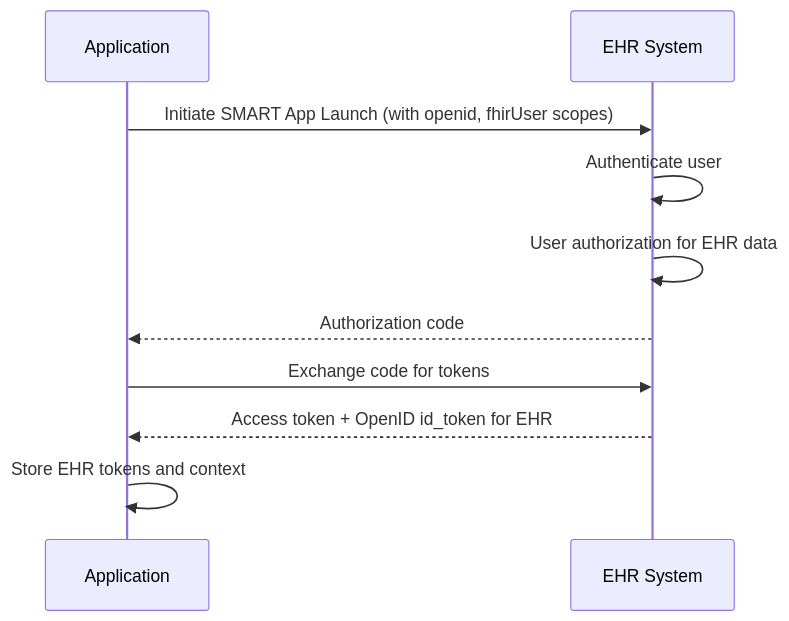
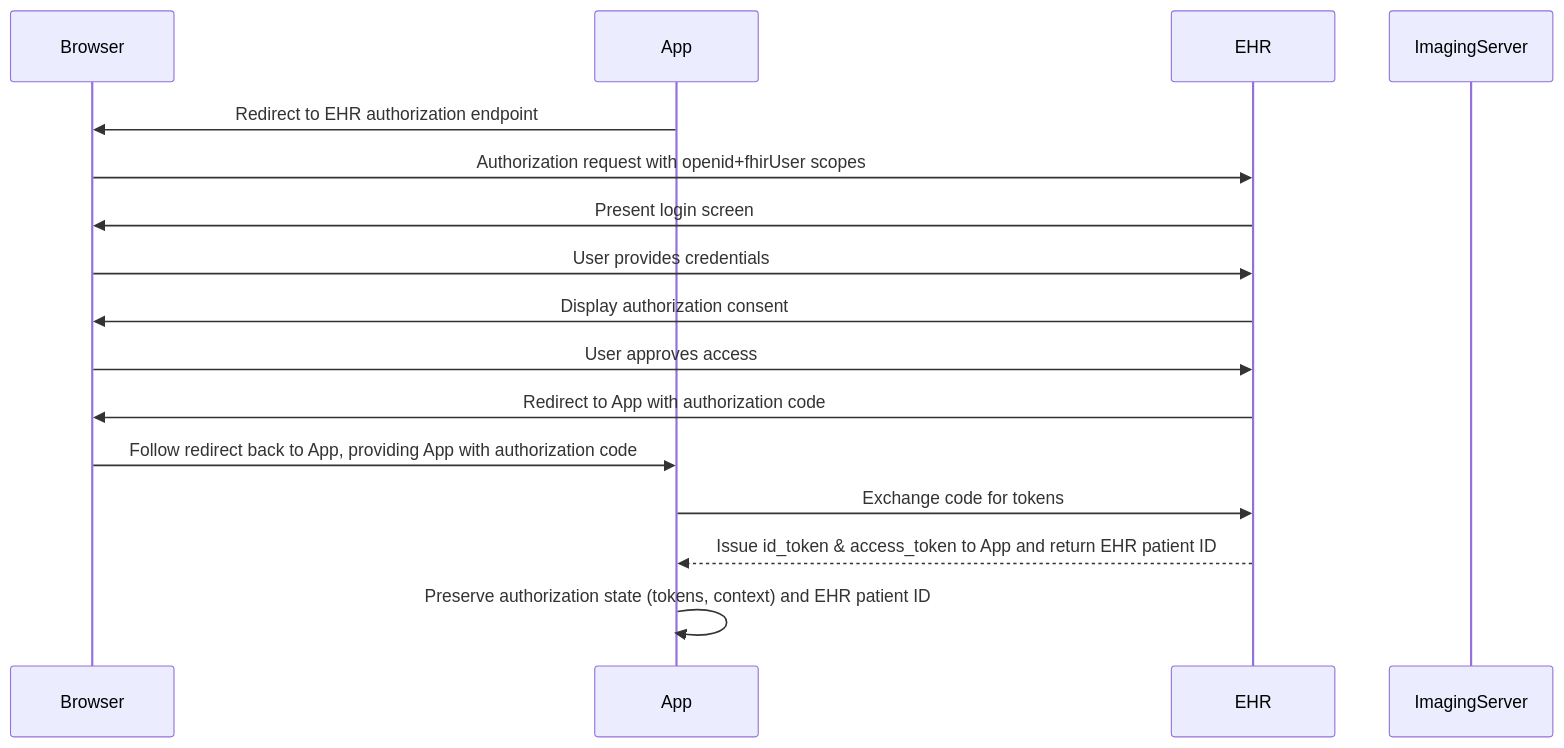
Before and after one commit to bvdh/smart-multi-auth: the second of 4 diagrams in input/pagecontent/solution-dual-smart-launch.md, drawn with Mermaid. The commit also changed other lines of this file, not shown here.

Commit message:
Refine sequence diagrams

````diff
--- a/input/pagecontent/solution-dual-smart-launch.md
+++ b/input/pagecontent/solution-dual-smart-launch.md
@@ -73,13 +75,19 @@
 ```mermaid
 sequenceDiagram
-    participant App as Application
-    participant EHR as EHR System
+    participant Browser
+    participant App
+    participant EHR
+    participant ImagingServer
     
-    App->>EHR: Initiate SMART App Launch (with openid, fhirUser scopes)
-    EHR->>EHR: Authenticate user
-    EHR->>EHR: User authorization for EHR data
-    EHR-->>App: Authorization code
+    App->>Browser: Redirect to EHR authorization endpoint
+    Browser->>EHR: Authorization request with openid+fhirUser scopes
+    EHR->>Browser: Present login screen
+    Browser->>EHR: User provides credentials
+    EHR->>Browser: Display authorization consent
+    Browser->>EHR: User approves access
+    EHR->>Browser: Redirect to App with authorization code
+    Browser->>App: Follow redirect back to App, providing App with authorization code
     App->>EHR: Exchange code for tokens
-    EHR-->>App: Access token + OpenID id_token for EHR
-    App->>App: Store EHR tokens and context
+    EHR-->>App: Issue id_token & access_token to App and return EHR patient ID
+    App->>App: Preserve authorization state (tokens, context) and EHR patient ID
 ```
````
